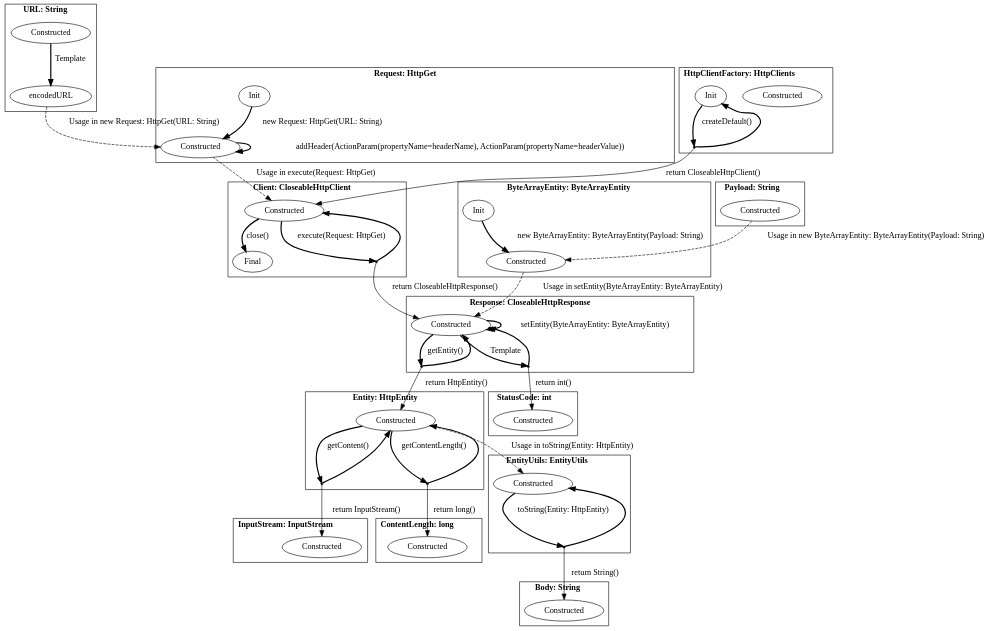
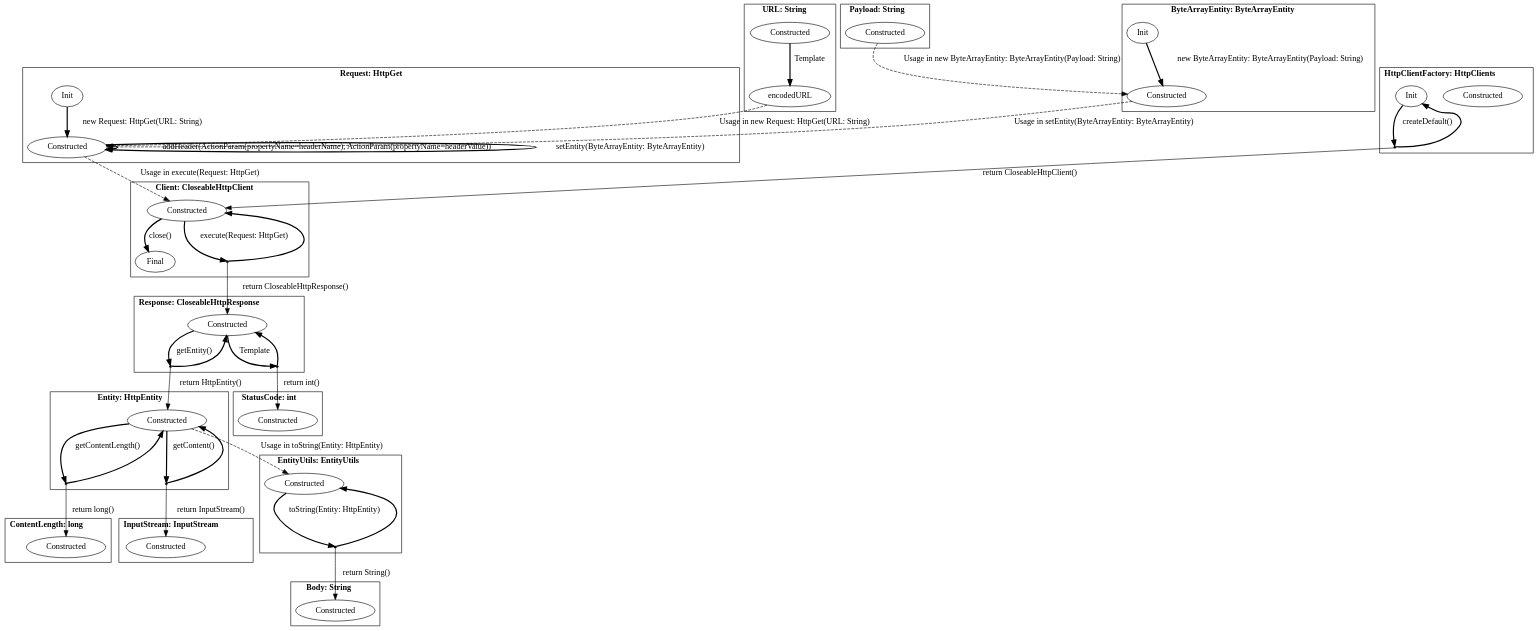
The diagram in pictures/apache.dot (h31/LibraryMigration), drawn with Graphviz before and after one commit. The commit also changed 14 other files, not shown here.

```diff
--- a/pictures/apache.dot
+++ b/pictures/apache.dot
@@ -1,99 +1,99 @@
 digraph G {
     bgcolor="transparent";
     subgraph cluster0 {
     label = <<B>URL: String</B>>;
         Constructed_URL [ label="Constructed" ];
         encodedURL_URL [ label="encodedURL" ];
     }
     subgraph cluster1 {
     label = <<B>Request: HttpGet</B>>;
         Constructed_Request [ label="Constructed" ];
         Init_Request [ label="Init" ];
     }
     subgraph cluster2 {
     label = <<B>Client: CloseableHttpClient</B>>;
         Constructed_Client [ label="Constructed" ];
         Final_Client [ label="Final" ];
         virtual0 [ shape = point ];
     }
     subgraph cluster3 {
     label = <<B>Response: CloseableHttpResponse</B>>;
         Constructed_Response [ label="Constructed" ];
         virtual1 [ shape = point ];
         virtual2 [ shape = point ];
     }
     subgraph cluster4 {
     label = <<B>Body: String</B>>;
         Constructed_Body [ label="Constructed" ];
     }
     subgraph cluster5 {
     label = <<B>HttpClientFactory: HttpClients</B>>;
         Constructed_HttpClientFactory [ label="Constructed" ];
         Init_HttpClientFactory [ label="Init" ];
         virtual3 [ shape = point ];
     }
     subgraph cluster6 {
     label = <<B>InputStream: InputStream</B>>;
         Constructed_InputStream [ label="Constructed" ];
     }
     subgraph cluster7 {
     label = <<B>ContentLength: long</B>>;
         Constructed_ContentLength [ label="Constructed" ];
     }
     subgraph cluster8 {
     label = <<B>Entity: HttpEntity</B>>;
         Constructed_Entity [ label="Constructed" ];
         virtual4 [ shape = point ];
         virtual5 [ shape = point ];
     }
     subgraph cluster9 {
     label = <<B>EntityUtils: EntityUtils</B>>;
         Constructed_EntityUtils [ label="Constructed" ];
         virtual6 [ shape = point ];
     }
     subgraph cluster10 {
     label = <<B>StatusCode: int</B>>;
         Constructed_StatusCode [ label="Constructed" ];
     }
     subgraph cluster11 {
     label = <<B>ByteArrayEntity: ByteArrayEntity</B>>;
         Constructed_ByteArrayEntity [ label="Constructed" ];
         Init_ByteArrayEntity [ label="Init" ];
     }
     subgraph cluster12 {
     label = <<B>Payload: String</B>>;
         Constructed_Payload [ label="Constructed" ];
     }
         Constructed_URL -> encodedURL_URL [ label="Template", style = "bold"  ];
         encodedURL_URL -> Constructed_Request [ label="Usage in new Request: HttpGet(URL: String)", style = "dashed"  ];
         Init_Request -> Constructed_Request [ label="new Request: HttpGet(URL: String)", style = "bold"  ];
         Constructed_Request -> Constructed_Request [ label="addHeader(ActionParam(propertyName&#x3D;headerName), ActionParam(propertyName&#x3D;headerValue))", style = "bold"  ];
         Constructed_Request -> Constructed_Client [ label="Usage in execute(Request: HttpGet)", style = "dashed"  ];
+        Constructed_Request -> Constructed_Request [ label="setEntity(ByteArrayEntity: ByteArrayEntity)", style = "bold"  ];
         Constructed_Client -> virtual0 [ style = "bold" label="execute(Request: HttpGet)"  ];
         virtual0 -> Constructed_Client [ style = "bold"  ];
         virtual0 -> Constructed_Response [ label="return CloseableHttpResponse()"  ];
         Constructed_Client -> Final_Client [ label="close()", style = "bold"  ];
-        Constructed_Response -> Constructed_Response [ label="setEntity(ByteArrayEntity: ByteArrayEntity)", style = "bold"  ];
         Constructed_Response -> virtual1 [ style = "bold" label="getEntity()"  ];
         virtual1 -> Constructed_Response [ style = "bold"  ];
         virtual1 -> Constructed_Entity [ label="return HttpEntity()"  ];
         Constructed_Response -> virtual2 [ style = "bold" label="Template"  ];
         virtual2 -> Constructed_Response [ style = "bold"  ];
         virtual2 -> Constructed_StatusCode [ label="return int()"  ];
         Init_HttpClientFactory -> virtual3 [ style = "bold" label="createDefault()"  ];
         virtual3 -> Init_HttpClientFactory [ style = "bold"  ];
         virtual3 -> Constructed_Client [ label="return CloseableHttpClient()"  ];
         Constructed_Entity -> Constructed_EntityUtils [ label="Usage in toString(Entity: HttpEntity)", style = "dashed"  ];
         Constructed_Entity -> virtual4 [ style = "bold" label="getContent()"  ];
         virtual4 -> Constructed_Entity [ style = "bold"  ];
         virtual4 -> Constructed_InputStream [ label="return InputStream()"  ];
         Constructed_Entity -> virtual5 [ style = "bold" label="getContentLength()"  ];
         virtual5 -> Constructed_Entity [ style = "bold"  ];
         virtual5 -> Constructed_ContentLength [ label="return long()"  ];
         Constructed_EntityUtils -> virtual6 [ style = "bold" label="toString(Entity: HttpEntity)"  ];
         virtual6 -> Constructed_EntityUtils [ style = "bold"  ];
         virtual6 -> Constructed_Body [ label="return String()"  ];
         Init_ByteArrayEntity -> Constructed_ByteArrayEntity [ label="new ByteArrayEntity: ByteArrayEntity(Payload: String)", style = "bold"  ];
-        Constructed_ByteArrayEntity -> Constructed_Response [ label="Usage in setEntity(ByteArrayEntity: ByteArrayEntity)", style = "dashed"  ];
+        Constructed_ByteArrayEntity -> Constructed_Request [ label="Usage in setEntity(ByteArrayEntity: ByteArrayEntity)", style = "dashed"  ];
         Constructed_Payload -> Constructed_ByteArrayEntity [ label="Usage in new ByteArrayEntity: ByteArrayEntity(Payload: String)", style = "dashed"  ];
 }
```
